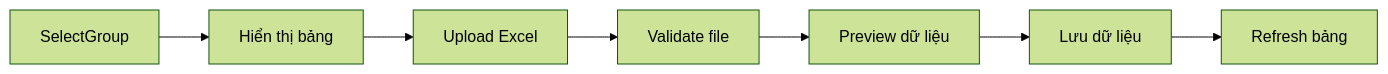
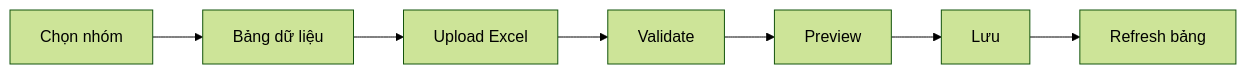
Before and after one commit to ldphu410/Analyze: the diagram in Result/modules/quan-ly-danh-muc-ky-thuat-he-thong.md, drawn with Mermaid (forest theme). The commit also changed other lines of this file and 64 other files, not shown here.

````diff
--- a/Result/modules/quan-ly-danh-muc-ky-thuat-he-thong.md
+++ b/Result/modules/quan-ly-danh-muc-ky-thuat-he-thong.md
@@ -101,9 +81,9 @@
 ```mermaid
 flowchart LR
-  SelectGroup --> Table[Hiển thị bảng]
+  SelectGroup[Chọn nhóm] --> Table[Bảng dữ liệu]
   Table --> Upload[Upload Excel]
-  Upload --> Validate[Validate file]
-  Validate --> Preview[Preview dữ liệu]
-  Preview --> Save[Lưu dữ liệu]
+  Upload --> Validate[Validate]
+  Validate --> Preview[Preview]
+  Preview --> Save[Lưu]
   Save --> Refresh[Refresh bảng]
 ```
````
